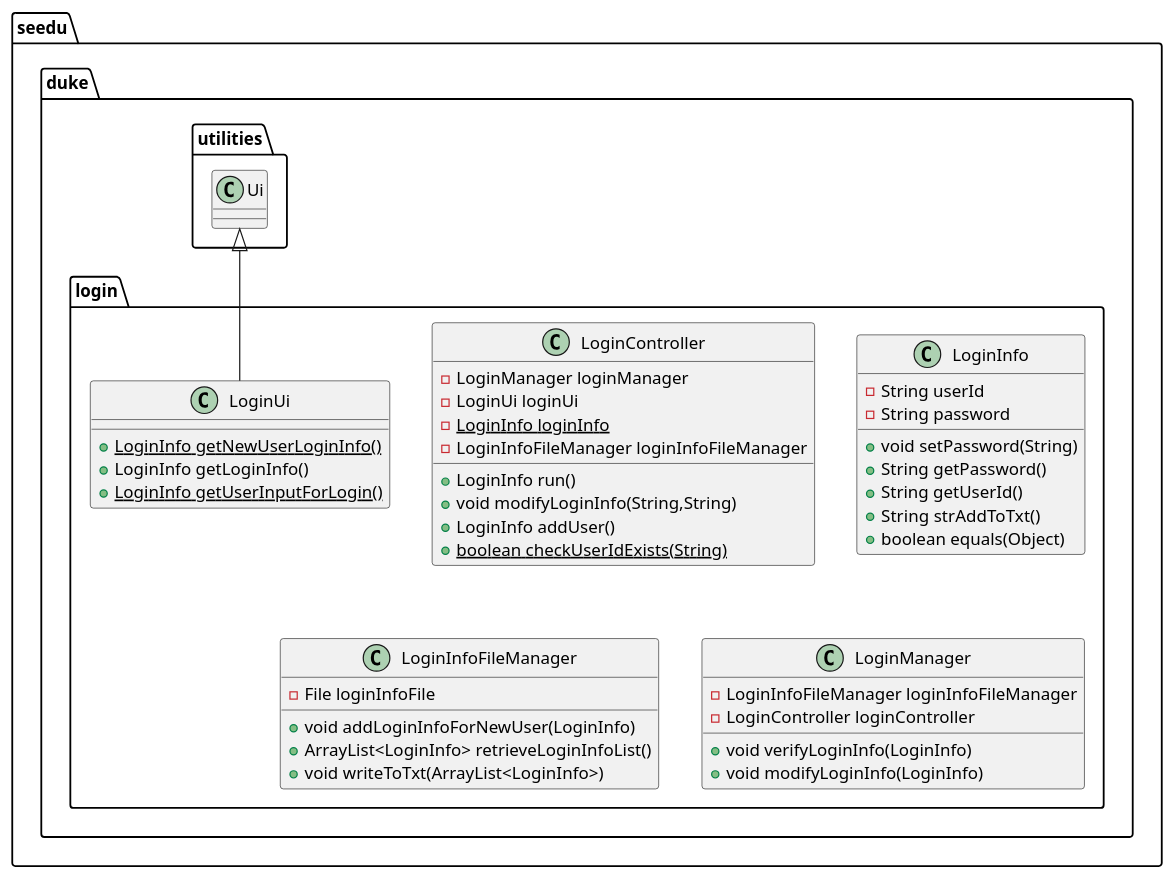
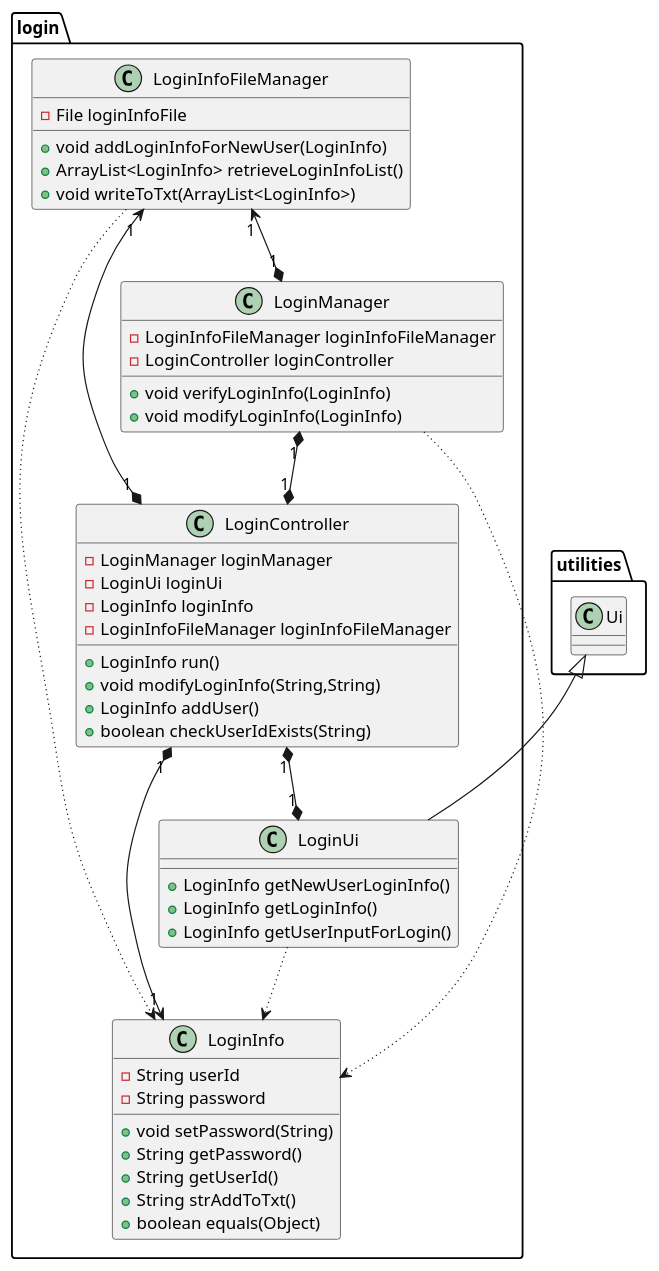
One commit to yanli1215/tp changed the diagram in docs/UML diagrams/Login.puml. Above: the diagram before and after it, drawn with PlantUML. The commit also changed 1 other file, not shown here.

Commit message:
Edit UML diagram

```diff
--- a/docs/UML diagrams/Login.puml
+++ b/docs/UML diagrams/Login.puml
@@ -1,40 +1,54 @@
 @startuml
-class seedu.duke.login.LoginUi {
-+ {static} LoginInfo getNewUserLoginInfo()
+class login.LoginUi {
++ LoginInfo getNewUserLoginInfo()
 + LoginInfo getLoginInfo()
-+ {static} LoginInfo getUserInputForLogin()
++ LoginInfo getUserInputForLogin()
 }
-class seedu.duke.login.LoginController {
+class login.LoginController {
 - LoginManager loginManager
 - LoginUi loginUi
-- {static} LoginInfo loginInfo
+- LoginInfo loginInfo
 - LoginInfoFileManager loginInfoFileManager
 + LoginInfo run()
 + void modifyLoginInfo(String,String)
 + LoginInfo addUser()
-+ {static} boolean checkUserIdExists(String)
++ boolean checkUserIdExists(String)
 }
-class seedu.duke.login.LoginInfo {
+class login.LoginInfo {
 - String userId
 - String password
 + void setPassword(String)
 + String getPassword()
 + String getUserId()
 + String strAddToTxt()
 + boolean equals(Object)
 }
-class seedu.duke.login.LoginInfoFileManager {
+class login.LoginInfoFileManager {
 - File loginInfoFile
 + void addLoginInfoForNewUser(LoginInfo)
 + ArrayList<LoginInfo> retrieveLoginInfoList()
 + void writeToTxt(ArrayList<LoginInfo>)
 }
-class seedu.duke.login.LoginManager {
+class login.LoginManager {
 - LoginInfoFileManager loginInfoFileManager
 - LoginController loginController
 + void verifyLoginInfo(LoginInfo)
 + void modifyLoginInfo(LoginInfo)
 }
 
-seedu.duke.utilities.Ui <|-- seedu.duke.login.LoginUi
+
+utilities.Ui <|-- login.LoginUi
+
+login.LoginInfoFileManager "1" <--* "1" login.LoginManager
+login.LoginInfoFileManager "1" <--* "1" login.LoginController
+login.LoginInfoFileManager  -[dotted]-> login.LoginInfo
+
+
+login.LoginManager "1" *--* "1" login.LoginController
+login.LoginManager  -[dotted]-> login.LoginInfo
+
+login.LoginController "1" *--> "1" login.LoginInfo
+login.LoginController "1" *--* "1" login.LoginUi
+
+login.LoginUi  -[dotted]-> login.LoginInfo
 @enduml
```
